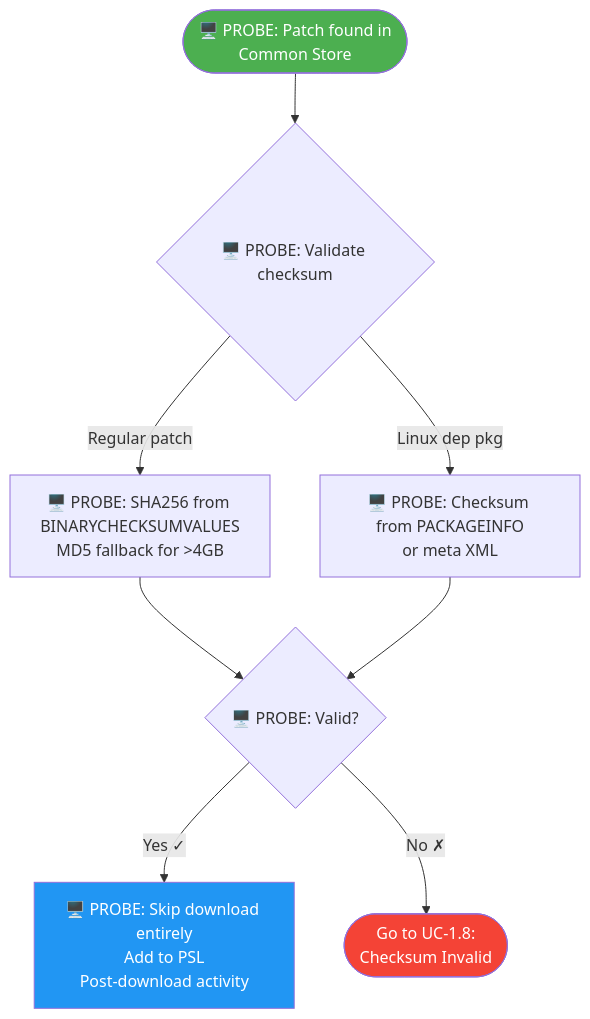
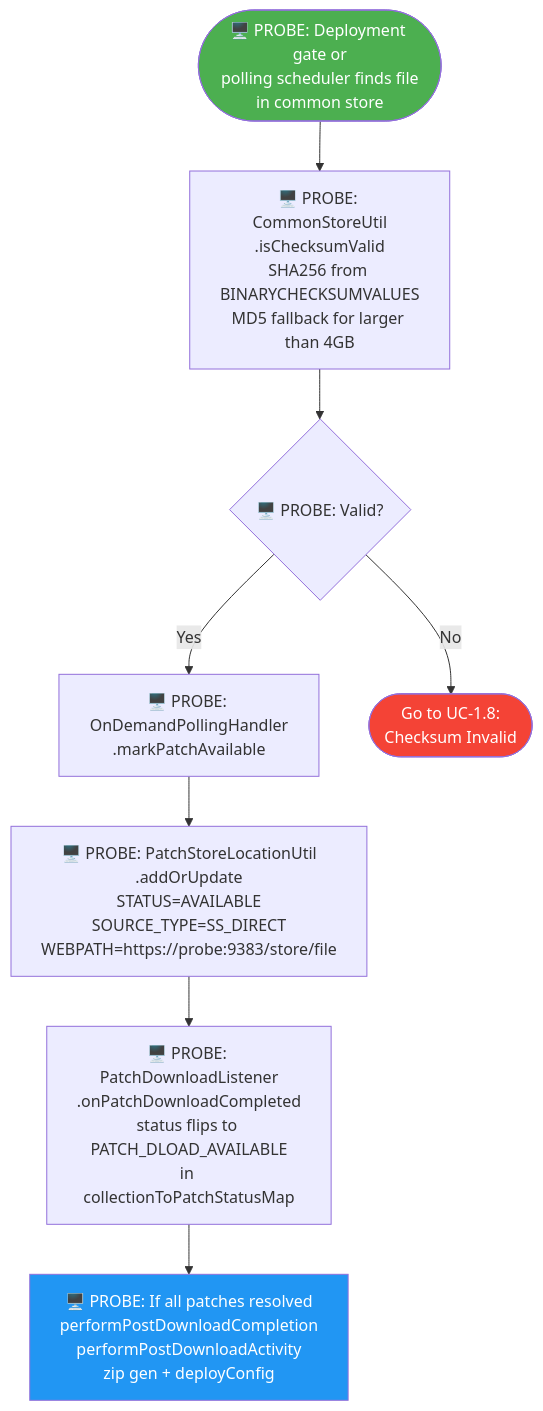
One commit to ranjithkumar-a-23525/RebaseEx changed the seventh of 31 diagrams in use-case-diagrams.md. Above: the diagram before and after it, drawn with Mermaid. The commit also changed other lines of this file, not shown here.

````diff
--- a/use-case-diagrams.md
+++ b/use-case-diagrams.md
@@ -144,14 +164,14 @@
 ```mermaid
 flowchart TD
-    A(["🖥️ PROBE: Patch found in<br/>Common Store"]) --> B{"🖥️ PROBE: Validate checksum"}
-    B -->|Regular patch| C["🖥️ PROBE: SHA256 from BINARYCHECKSUMVALUES<br/>MD5 fallback for >4GB"]
-    B -->|Linux dep pkg| D["🖥️ PROBE: Checksum from PACKAGEINFO<br/>or meta XML"]
-    C --> E{"🖥️ PROBE: Valid?"}
-    D --> E
-    E -->|"Yes ✓"| F["🖥️ PROBE: Skip download entirely<br/>Add to PSL<br/>Post-download activity"]
-    E -->|"No ✗"| G(["Go to UC-1.8:<br/>Checksum Invalid"])
+    A(["🖥️ PROBE: Deployment gate or<br/>polling scheduler finds file<br/>in common store"]) --> B["🖥️ PROBE: CommonStoreUtil<br/>.isChecksumValid<br/>SHA256 from BINARYCHECKSUMVALUES<br/>MD5 fallback for larger than 4GB"]
+    B --> C{"🖥️ PROBE: Valid?"}
+    C -->|Yes| D["🖥️ PROBE: OnDemandPollingHandler<br/>.markPatchAvailable"]
+    D --> E["🖥️ PROBE: PatchStoreLocationUtil<br/>.addOrUpdate<br/>STATUS=AVAILABLE<br/>SOURCE_TYPE=SS_DIRECT<br/>WEBPATH=https://probe:9383/store/file"]
+    E --> F["🖥️ PROBE: PatchDownloadListener<br/>.onPatchDownloadCompleted<br/>status flips to PATCH_DLOAD_AVAILABLE<br/>in collectionToPatchStatusMap"]
+    F --> G["🖥️ PROBE: If all patches resolved<br/>performPostDownloadCompletion<br/>performPostDownloadActivity<br/>zip gen + deployConfig"]
+    C -->|No| H(["Go to UC-1.8:<br/>Checksum Invalid"])
 
     style A fill:#4CAF50,color:#fff
-    style F fill:#2196F3,color:#fff
-    style G fill:#f44336,color:#fff
+    style G fill:#2196F3,color:#fff
+    style H fill:#f44336,color:#fff
 ```
````
